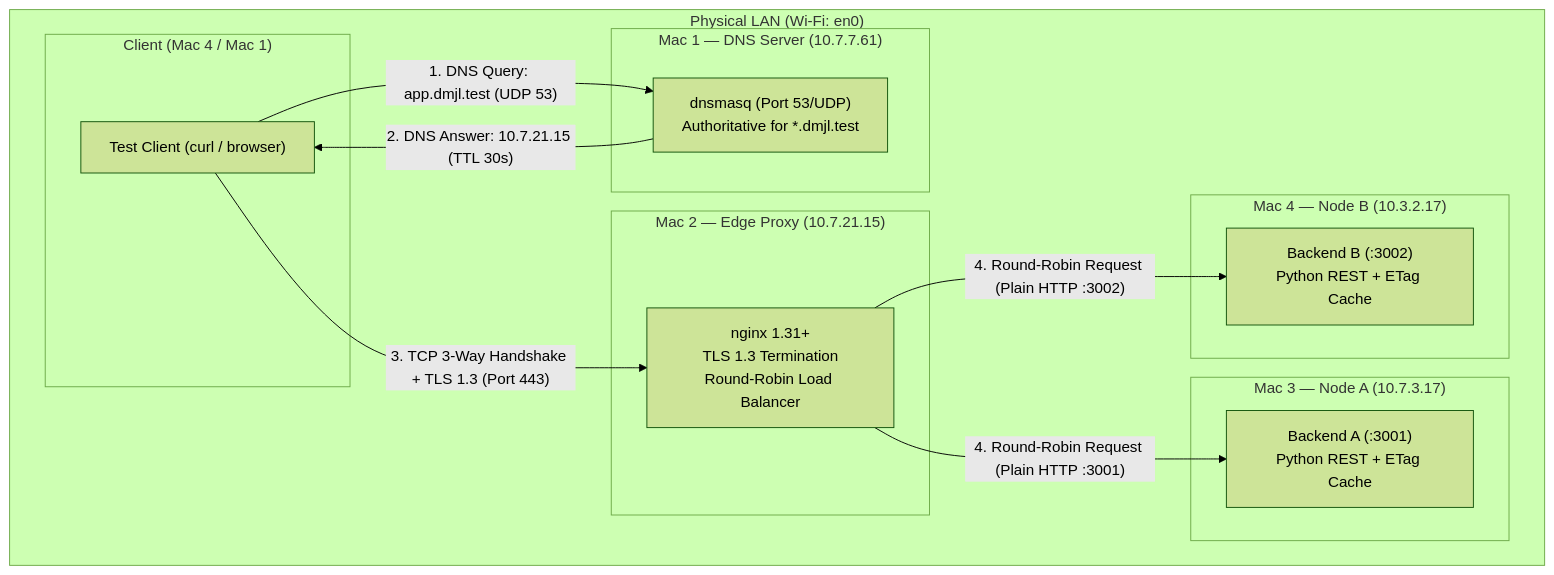
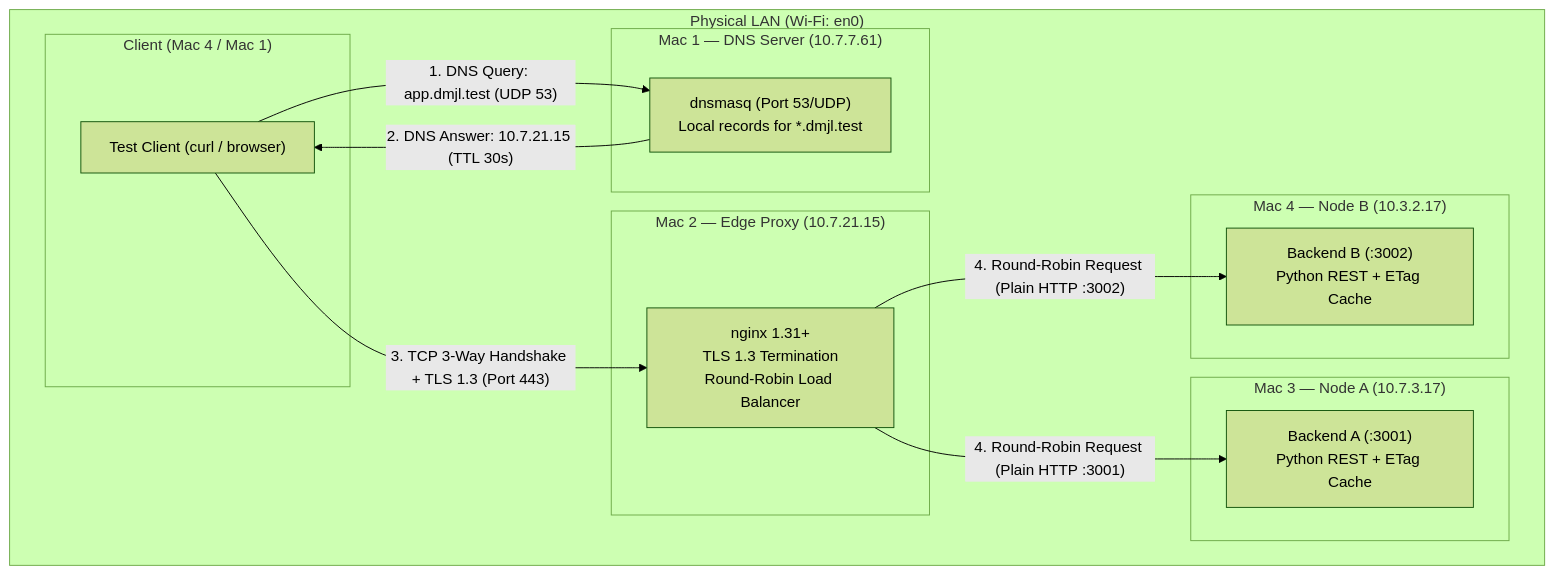
The first of 2 diagrams in README.md (Dhanvin1520/dmjl-port-cn-project), drawn with Mermaid (forest theme) before and after one commit. The commit also changed other lines of this file and 6 other files, not shown here.

````diff
--- a/README.md
+++ b/README.md
@@ -69,30 +69,30 @@
 ```mermaid
 flowchart TD
     subgraph LAN["Physical LAN (Wi-Fi: en0)"]
         subgraph ClientNode["Client (Mac 4 / Mac 1)"]
             Client["Test Client (curl / browser)"]
         end
 
         subgraph DNSNode["Mac 1 — DNS Server (10.7.7.61)"]
-            DNS["dnsmasq (Port 53/UDP)<br/>Authoritative for *.dmjl.test"]
+            DNS["dnsmasq (Port 53/UDP)<br/>Local records for *.dmjl.test"]
         end
 
         subgraph EdgeNode["Mac 2 — Edge Proxy (10.7.21.15)"]
             NGINX["nginx 1.31+<br/>TLS 1.3 Termination<br/>Round-Robin Load Balancer"]
         end
 
         subgraph BackendA["Mac 3 — Node A (10.7.3.17)"]
             ServerA["Backend A (:3001)<br/>Python REST + ETag Cache"]
         end
 
         subgraph BackendB["Mac 4 — Node B (10.3.2.17)"]
             ServerB["Backend B (:3002)<br/>Python REST + ETag Cache"]
         end
     end
 
     Client -- "1. DNS Query: app.dmjl.test (UDP 53)" --> DNS
     DNS -- "2. DNS Answer: 10.7.21.15 (TTL 30s)" --> Client
     Client -- "3. TCP 3-Way Handshake + TLS 1.3 (Port 443)" --> NGINX
     NGINX -- "4. Round-Robin Request (Plain HTTP :3001)" --> ServerA
     NGINX -- "4. Round-Robin Request (Plain HTTP :3002)" --> ServerB
 ```
````
